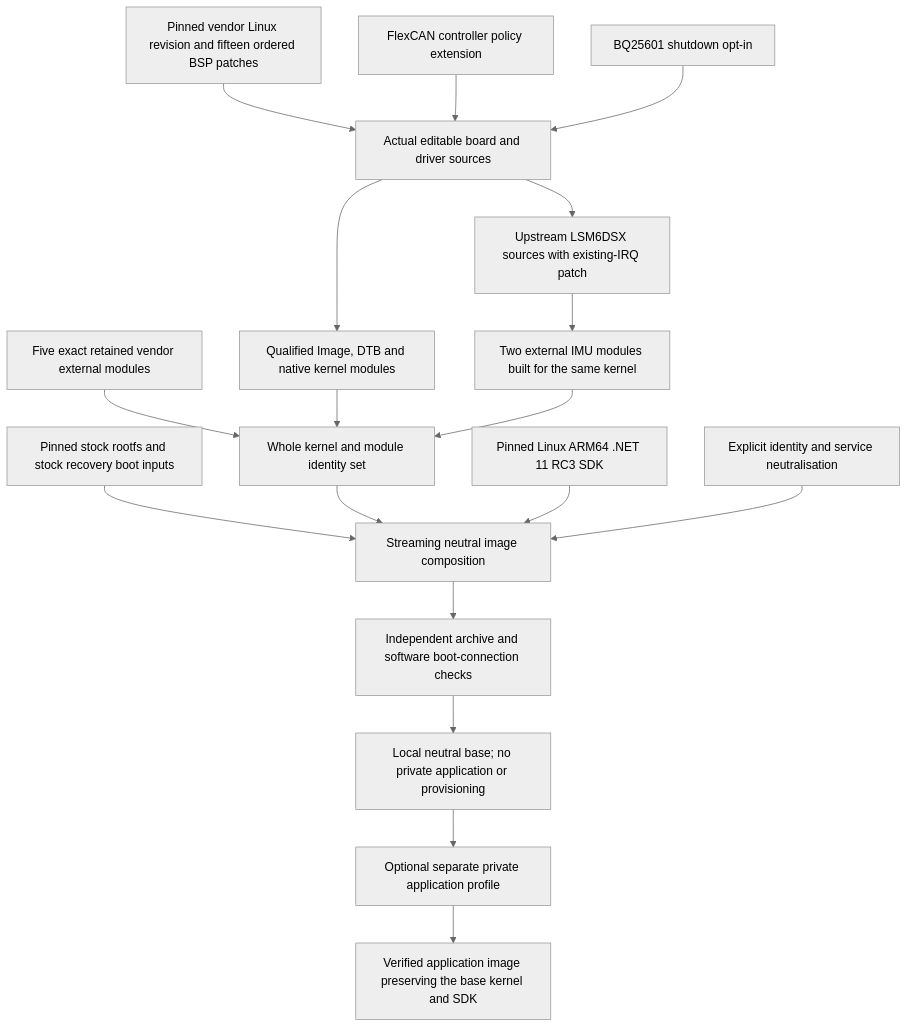
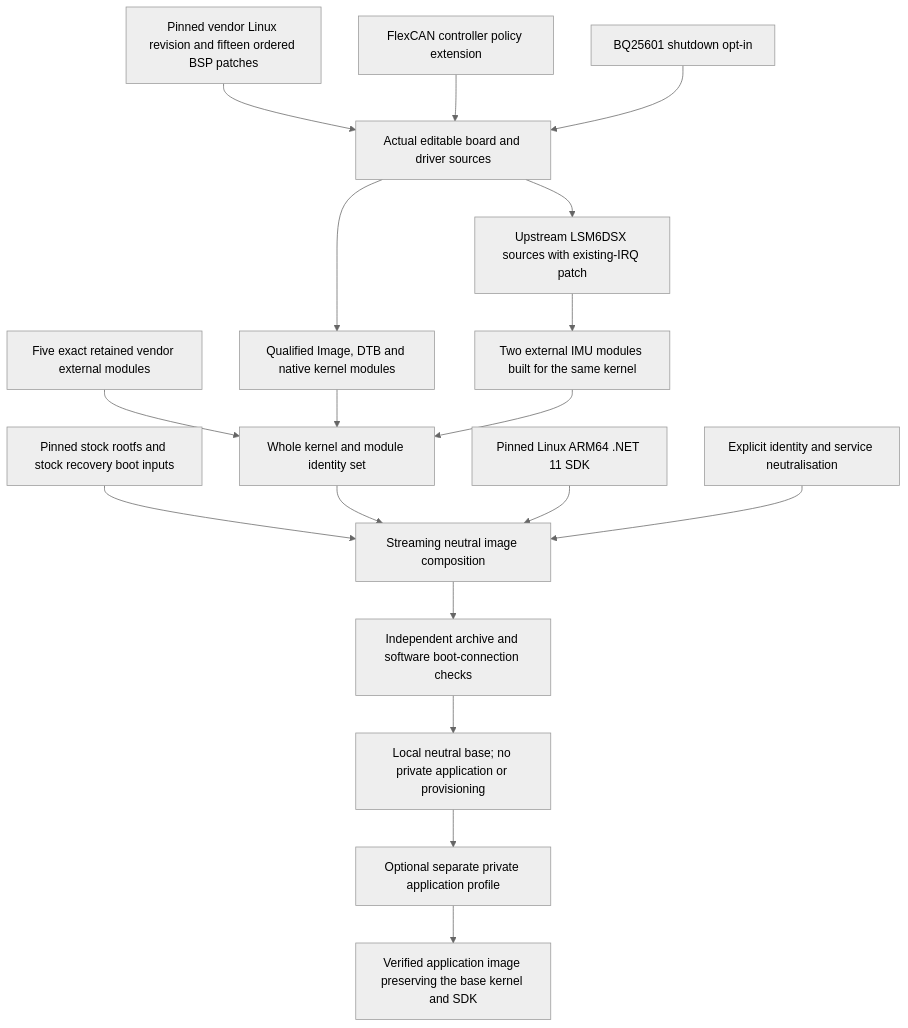
Before and after one commit to marcinborecki/OMAM_iwave-linux-extensions: the diagram in docs/architecture.md, drawn with Mermaid (neutral theme). The commit also changed other lines of this file and 14 other files, not shown here.

Commit message:
Pin the .NET 11 GA SDK 11.0.100 and renew the neutral image policy

````diff
--- a/docs/architecture.md
+++ b/docs/architecture.md
@@ -18,20 +18,20 @@
 ```mermaid
 flowchart TB
     V[Pinned vendor Linux revision and fifteen ordered BSP patches] --> S[Actual editable board and driver sources]
     C[FlexCAN controller policy extension] --> S
     P[BQ25601 shutdown opt-in] --> S
     S --> K[Qualified Image, DTB and native kernel modules]
     S --> I[Upstream LSM6DSX sources with existing-IRQ patch]
     I --> M[Two external IMU modules built for the same kernel]
     X[Five exact retained vendor external modules] --> Q[Whole kernel and module identity set]
     K --> Q
     M --> Q
     R[Pinned stock rootfs and stock recovery boot inputs] --> B[Streaming neutral image composition]
     Q --> B
-    D[Pinned Linux ARM64 .NET 11 RC3 SDK] --> B
+    D[Pinned Linux ARM64 .NET 11 SDK] --> B
     N[Explicit identity and service neutralisation] --> B
     B --> A[Independent archive and software boot-connection checks]
     A --> F[Local neutral base; no private application or provisioning]
     F --> O[Optional separate private application profile]
     O --> Z[Verified application image preserving the base kernel and SDK]
 ```
````
